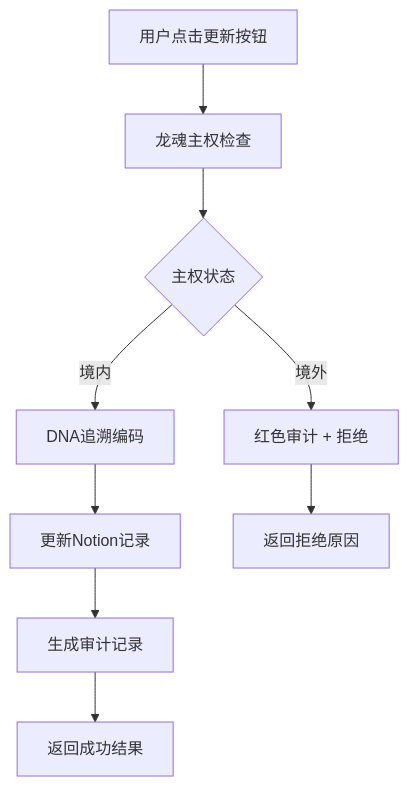
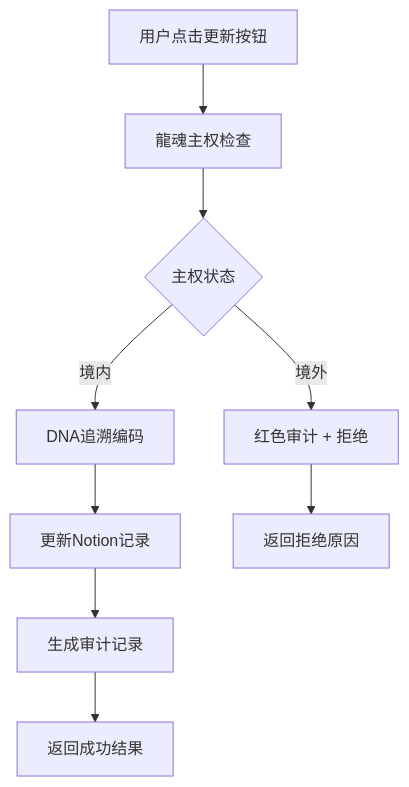
Before and after one commit to UID9622/longhun-system: the first of 2 diagrams in longhun-system/CNSH_备份_20260211/本地备份/历史项目/龙魂Notion主权自动化/主权数据库设计.md, drawn with Mermaid. The commit also changed other lines of this file and 853 other files, not shown here.

````diff
--- a/longhun-system/CNSH_备份_20260211/本地备份/历史项目/龙魂Notion主权自动化/主权数据库设计.md
+++ b/longhun-system/CNSH_备份_20260211/本地备份/历史项目/龙魂Notion主权自动化/主权数据库设计.md
@@ -94,11 +94,11 @@
 ```mermaid
 flowchart TD
-    A[用户点击更新按钮] --> B[龙魂主权检查]
+    A[用户点击更新按钮] --> B[龍魂主权检查]
     B --> C{主权状态}
     C -->|境内| D[DNA追溯编码]
     C -->|境外| E[红色审计 + 拒绝]
     D --> F[更新Notion记录]
     F --> G[生成审计记录]
     G --> H[返回成功结果]
     E --> I[返回拒绝原因]
 ```
````
